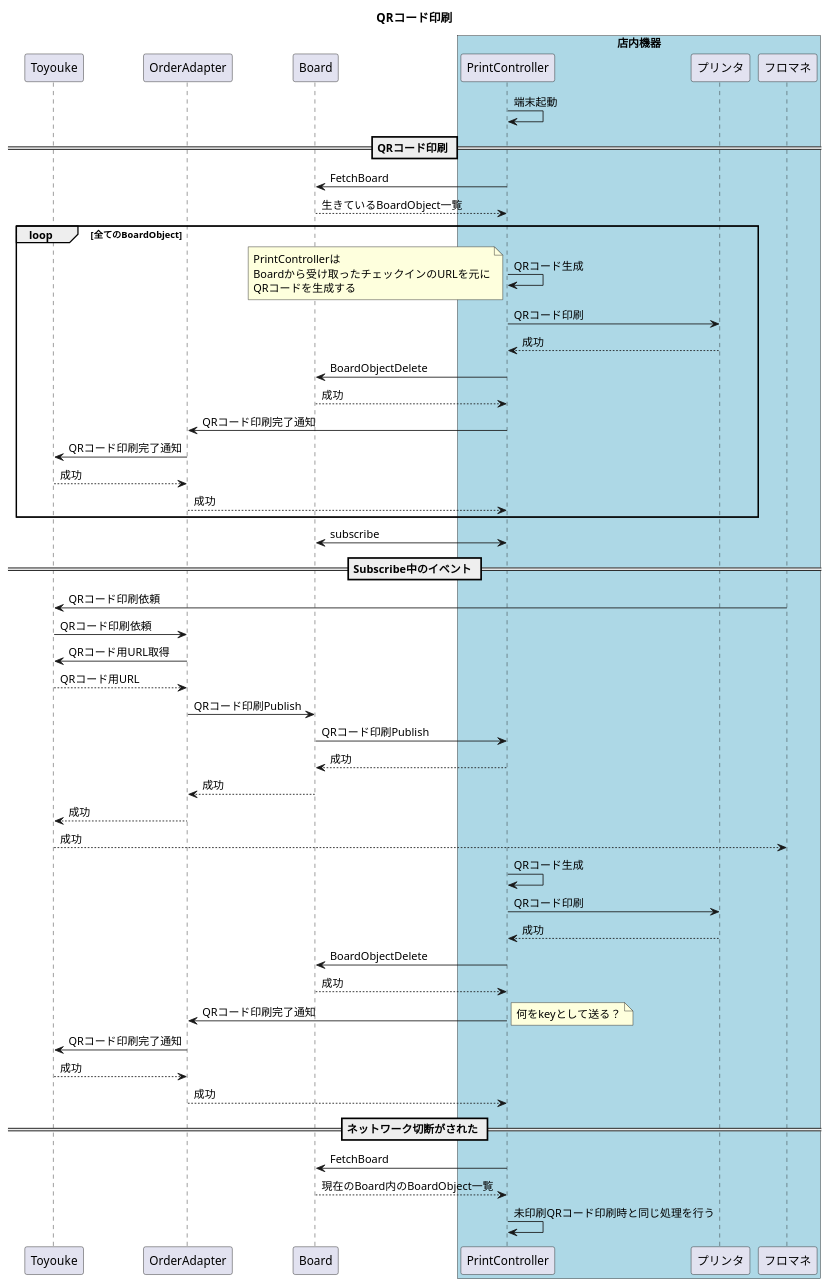
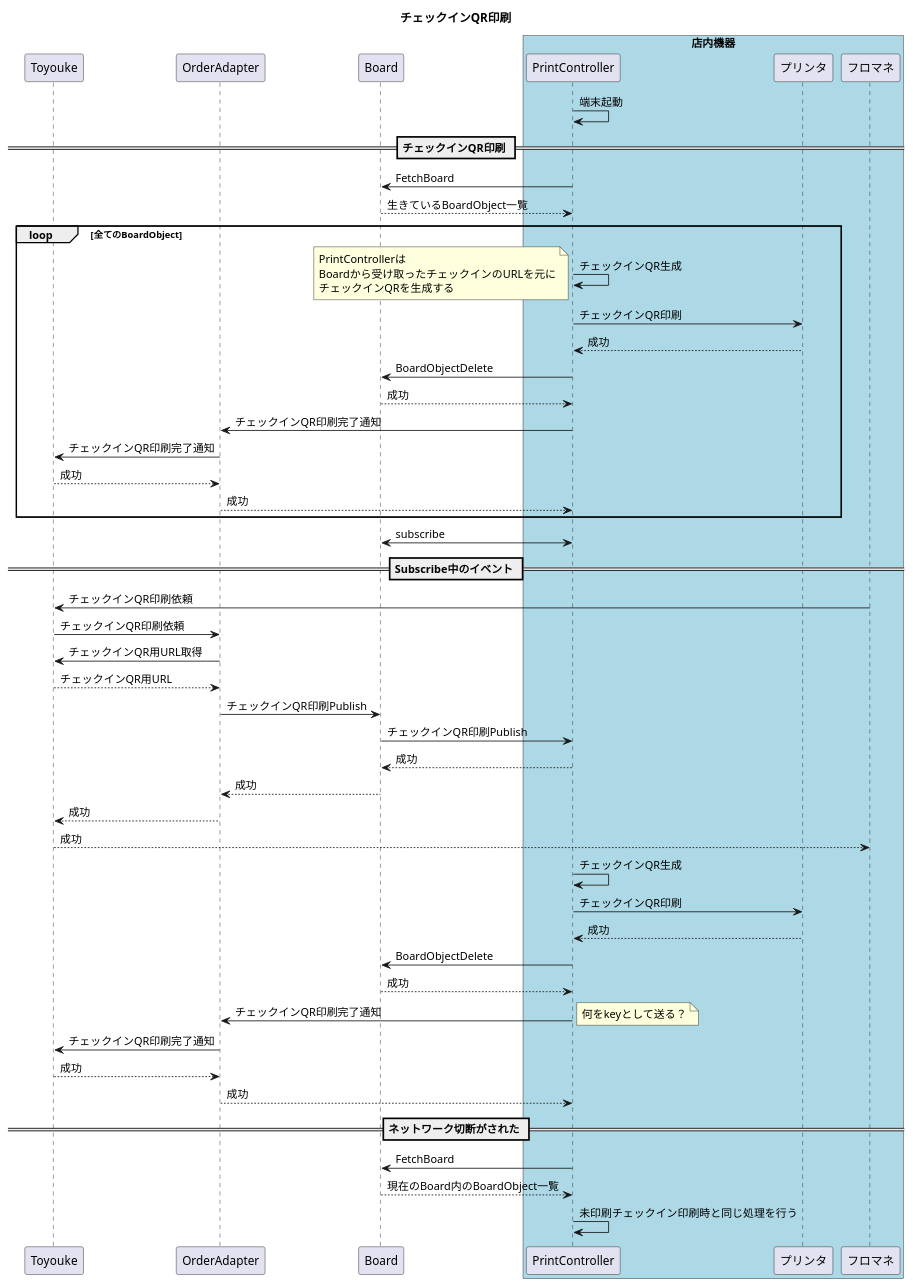
One commit to kmurata08/plantuml-editor changed the diagram in instore/print_qr.pu. Above: the diagram before and after it, drawn with PlantUML.

Commit message:
文言修正

```diff
--- a/instore/print_qr.pu
+++ b/instore/print_qr.pu
@@ -1,66 +1,66 @@
-title QRコード印刷
+title チェックインQR印刷
 
 participant Toyouke as t
 participant OrderAdapter as o
 participant Board as b
 box "店内機器" #LightBlue
     participant PrintController as pc
     participant プリンタ as pt
     participant フロマネ as fm
 end box
 
 pc -> pc: 端末起動
 
-== QRコード印刷 ==
+== チェックインQR印刷 ==
 
 b <- pc: FetchBoard
 b --> pc: 生きているBoardObject一覧
 
 loop 全てのBoardObject
-    pc -> pc: QRコード生成
+    pc -> pc: チェックインQR生成
     note left
         PrintControllerは
         Boardから受け取ったチェックインのURLを元に
-        QRコードを生成する
+        チェックインQRを生成する
     end note
-    pc -> pt: QRコード印刷
+    pc -> pt: チェックインQR印刷
     pc <-- pt: 成功
     b <- pc: BoardObjectDelete
     b --> pc: 成功
-    o <- pc: QRコード印刷完了通知
-    t <- o: QRコード印刷完了通知
+    o <- pc: チェックインQR印刷完了通知
+    t <- o: チェックインQR印刷完了通知
     t --> o: 成功
     o --> pc: 成功
 end
 
 b <-> pc: subscribe
 
 == Subscribe中のイベント ==
 
-t <- fm: QRコード印刷依頼
-t -> o: QRコード印刷依頼
-o -> t: QRコード用URL取得
-o <-- t: QRコード用URL
-o -> b: QRコード印刷Publish
-b -> pc: QRコード印刷Publish
+t <- fm: チェックインQR印刷依頼
+t -> o: チェックインQR印刷依頼
+o -> t: チェックインQR用URL取得
+o <-- t: チェックインQR用URL
+o -> b: チェックインQR印刷Publish
+b -> pc: チェックインQR印刷Publish
 b <-- pc: 成功
 o <-- b: 成功
 t <-- o: 成功
 t --> fm: 成功
-pc -> pc: QRコード生成
-pc -> pt: QRコード印刷
+pc -> pc: チェックインQR生成
+pc -> pt: チェックインQR印刷
 pc <-- pt: 成功
 b <- pc: BoardObjectDelete
 b --> pc: 成功
-o <- pc: QRコード印刷完了通知
+o <- pc: チェックインQR印刷完了通知
 note right
     何をkeyとして送る？
 end note
-t <- o: QRコード印刷完了通知
+t <- o: チェックインQR印刷完了通知
 t --> o: 成功
 o --> pc: 成功
 
 == ネットワーク切断がされた ==
 pc -> b: FetchBoard
 b --> pc: 現在のBoard内のBoardObject一覧
-pc -> pc: 未印刷QRコード印刷時と同じ処理を行う
+pc -> pc: 未印刷チェックイン印刷時と同じ処理を行う
```
